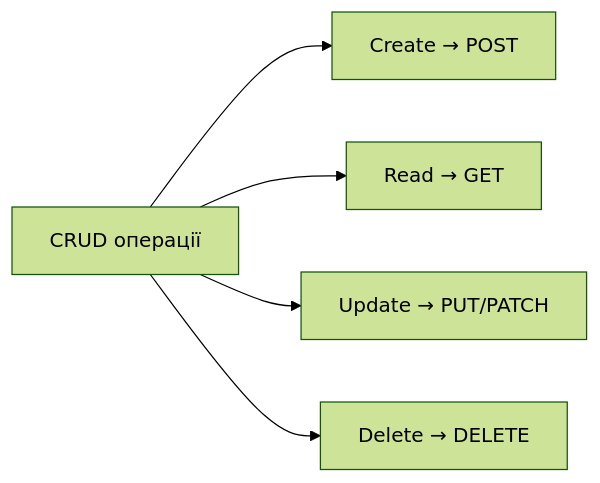
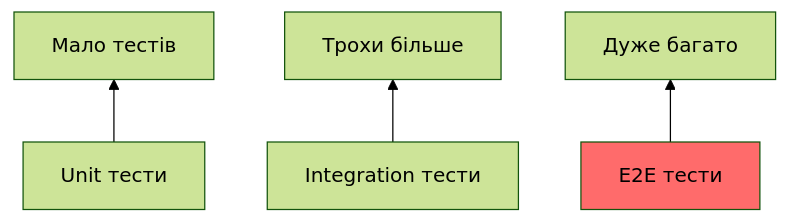
One commit to olroi421/course-opi changed the third of 8 diagrams in docs/presentations/presentation-12.md. Above: the diagram before and after it, drawn with Mermaid (forest theme). The commit also changed other lines of this file and 8 other files, not shown here.

````diff
--- a/docs/presentations/presentation-12.md
+++ b/docs/presentations/presentation-12.md
@@ -183,7 +93,8 @@
 ```mermaid
-graph LR
-    A[CRUD операції] --> B[Create → POST]
-    A --> C[Read → GET]
-    A --> D[Update → PUT/PATCH]
-    A --> E[Delete → DELETE]
+graph BT
+    A[Unit тести] --> B[Мало тестів]
+    C[Integration тести] --> D[Трохи більше]
+    E[E2E тести] --> F[Дуже багато]
+
+    style E fill:#ff6b6b
 ```
````
